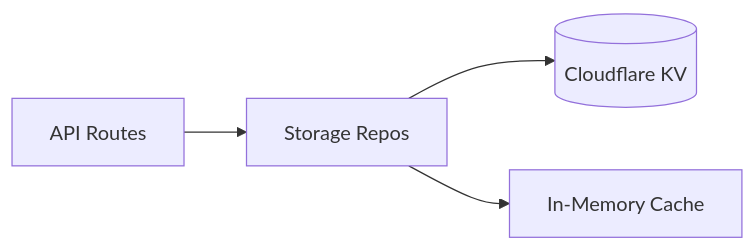
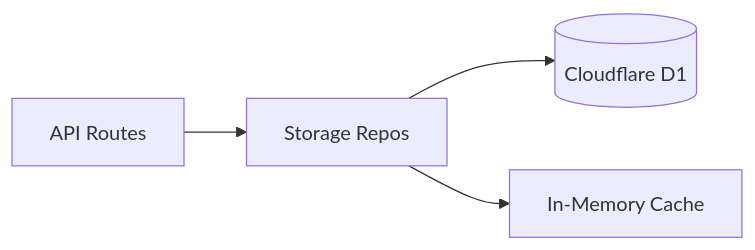
The first of 2 diagrams in docs/ARCHITECTURE.md (520nba/finance-site), drawn with Mermaid before and after one commit. The commit also changed other lines of this file and 13 other files, not shown here.

Commit message:
docs: eliminate all KV semantic references in comments and logs to reflect 100% D1 architecture, remove dead kvClient.js code

````diff
--- a/docs/ARCHITECTURE.md
+++ b/docs/ARCHITECTURE.md
@@ -18,6 +18,6 @@
 ```mermaid
 graph LR
     API[API Routes] --> Repo[Storage Repos]
-    Repo --> KV[(Cloudflare KV)]
+    Repo --> D1[(Cloudflare D1)]
     Repo --> Cache[In-Memory Cache]
 ```
````
